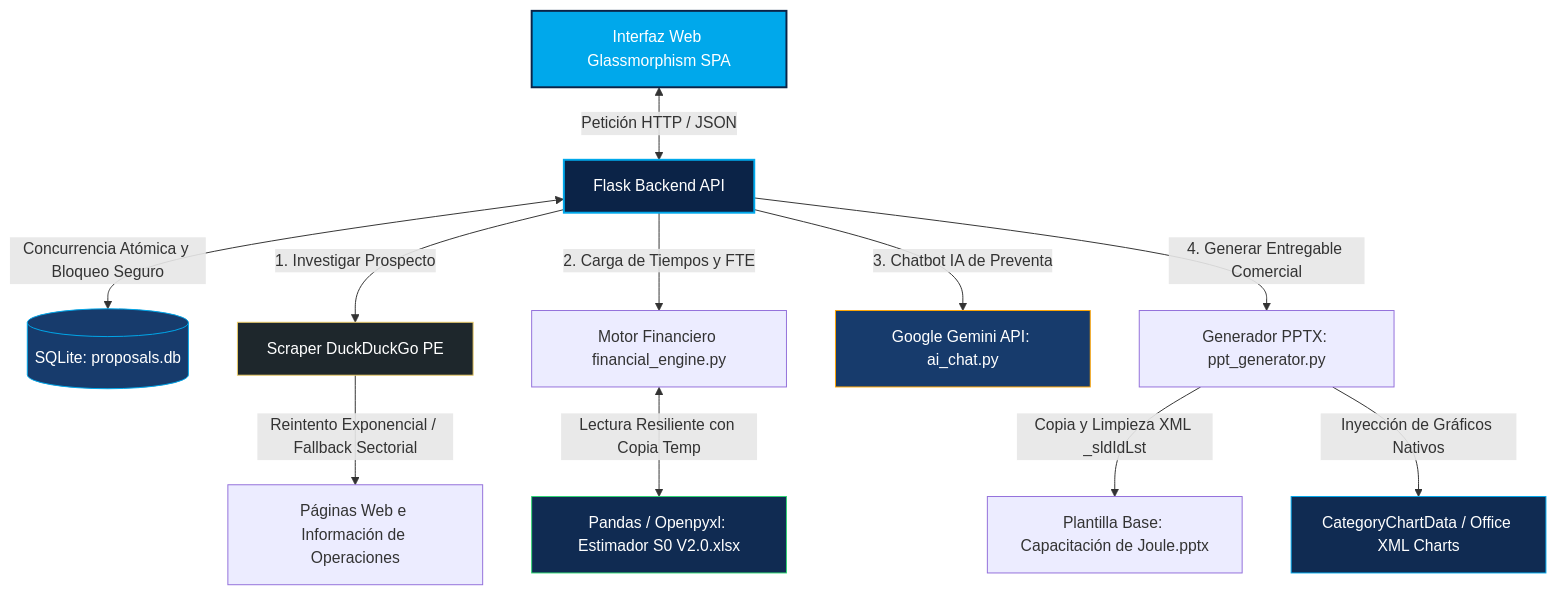
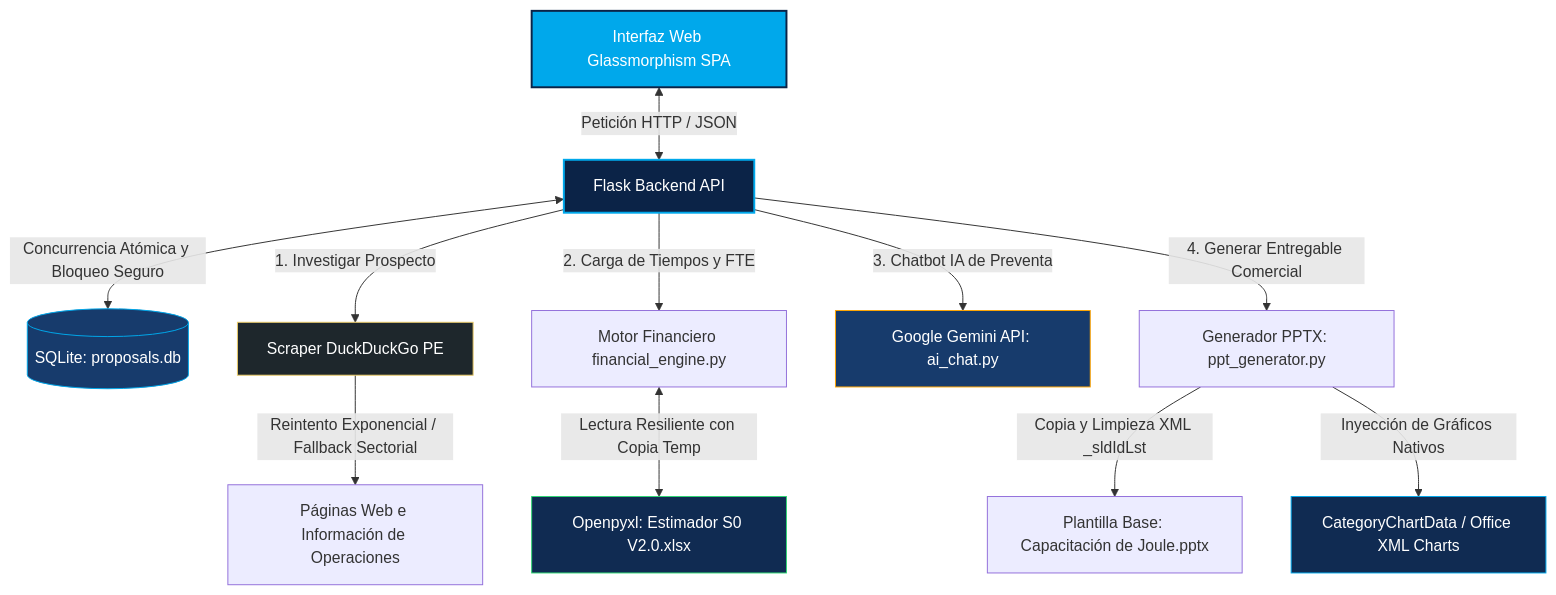
Before and after one commit to EdwinFlores19/generador-ppts-comercial-2026: the diagram in README.md, drawn with Mermaid. The commit also changed other lines of this file and 16 other files, not shown here.

````diff
--- a/README.md
+++ b/README.md
@@ -11,27 +11,27 @@
 ```mermaid
 graph TD
     %% Componentes del Sistema
     UI[Interfaz Web Glassmorphism SPA] <-->|Petición HTTP / JSON| API[Flask Backend API]
     API <-->|Concurrencia Atómica y Bloqueo Seguro| DB[(SQLite: proposals.db)]
     
     API -->|1. Investigar Prospecto| SCR[Scraper DuckDuckGo PE]
     SCR -->|Reintento Exponencial / Fallback Sectorial| PE_WEB[Páginas Web e Información de Operaciones]
     
     API -->|2. Carga de Tiempos y FTE| ENG[Motor Financiero financial_engine.py]
-    ENG <-->|Lectura Resiliente con Copia Temp| XLS[Pandas / Openpyxl: Estimador S0 V2.0.xlsx]
+    ENG <-->|Lectura Resiliente con Copia Temp| XLS[Openpyxl: Estimador S0 V2.0.xlsx]
     
     API -->|3. Chatbot IA de Preventa| GEMINI[Google Gemini API: ai_chat.py]
 
     API -->|4. Generar Entregable Comercial| PPTX[Generador PPTX: ppt_generator.py]
     PPTX -->|Copia y Limpieza XML _sldIdLst| BASE[Plantilla Base: Capacitación de Joule.pptx]
     PPTX -->|Inyección de Gráficos Nativos| CHART[CategoryChartData / Office XML Charts]
 
     %% Estilos Visuales
     style UI fill:#00A8EB,stroke:#0B2347,stroke-width:2px,color:#fff
     style API fill:#0B2347,stroke:#00A8EB,stroke-width:2px,color:#fff
     style DB fill:#173B6C,stroke:#00A8EB,stroke-width:1px,color:#fff
     style XLS fill:#102B52,stroke:#2ed573,stroke-width:1px,color:#fff
     style CHART fill:#102B52,stroke:#00A8EB,stroke-width:1px,color:#fff
     style SCR fill:#1E272C,stroke:#eccc68,stroke-width:1px,color:#fff
     style GEMINI fill:#173B6C,stroke:#ffa502,stroke-width:1px,color:#fff
 ```
````
